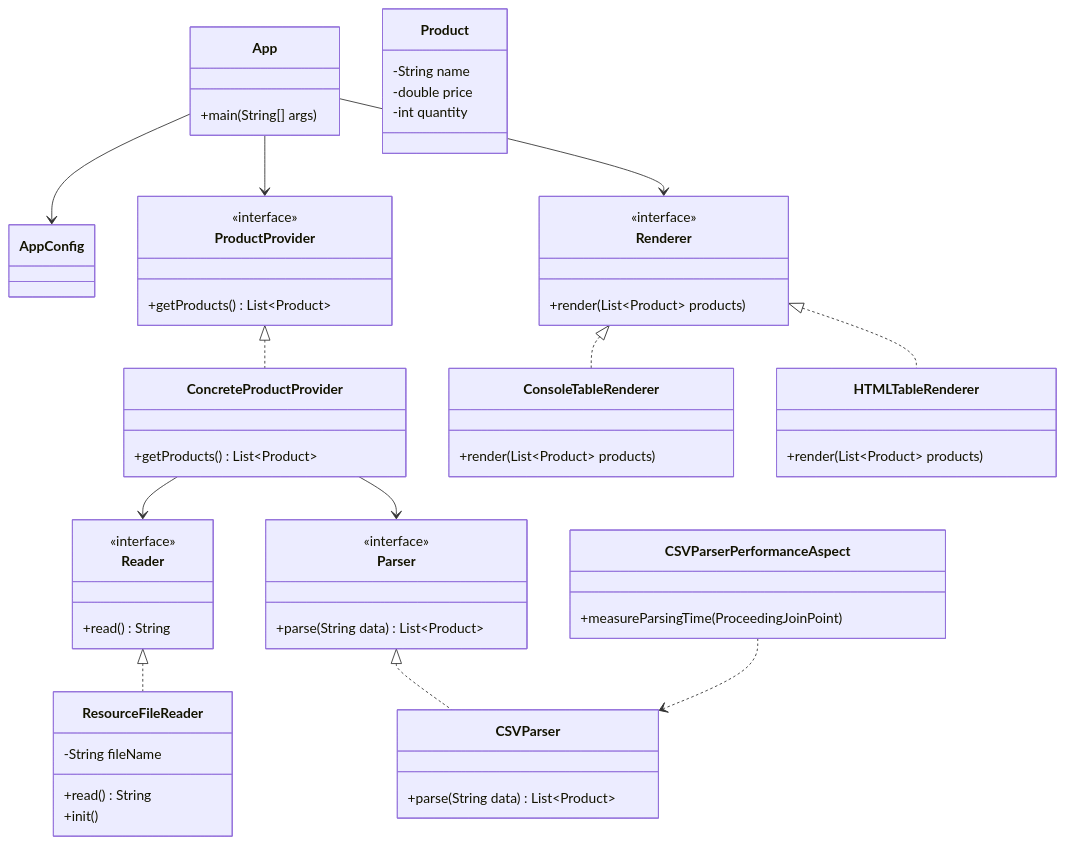
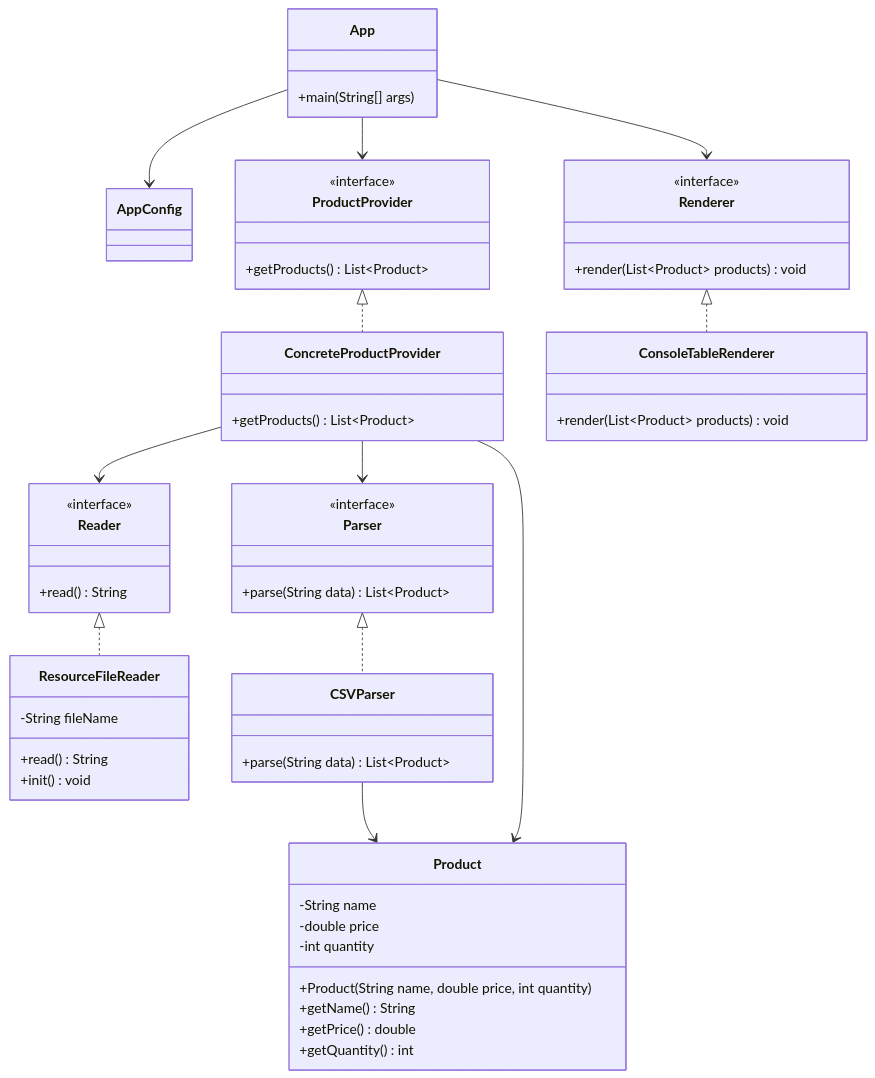
Before and after one commit to ChernihAnna/cad-2025: the diagram in les02/lab/README.md, drawn with Mermaid.

Commit message:
Add UML diagram to lab 2

````diff
--- a/les02/lab/README.md
+++ b/les02/lab/README.md
@@ -43,77 +43,72 @@
 ```mermaid
 classDiagram
 
     class App {
         +main(String[] args)
     }
 
     class AppConfig {
     }
 
     class Product {
         -String name
         -double price
         -int quantity
+        +Product(String name, double price, int quantity)
+        +getName() String
+        +getPrice() double
+        +getQuantity() int
     }
 
     class ProductProvider {
         <<interface>>
         +getProducts() List~Product~
     }
 
     class ConcreteProductProvider {
         +getProducts() List~Product~
     }
 
     class Reader {
         <<interface>>
         +read() String
     }
 
     class ResourceFileReader {
         -String fileName
         +read() String
-        +init()
+        +init() void
     }
 
     class Parser {
         <<interface>>
         +parse(String data) List~Product~
     }
 
     class CSVParser {
         +parse(String data) List~Product~
     }
 
     class Renderer {
         <<interface>>
-        +render(List~Product~ products)
+        +render(List~Product~ products) void
     }
 
     class ConsoleTableRenderer {
-        +render(List~Product~ products)
-    }
-
-    class HTMLTableRenderer {
-        +render(List~Product~ products)
-    }
-
-    class CSVParserPerformanceAspect {
-        +measureParsingTime(ProceedingJoinPoint)
+        +render(List~Product~ products) void
     }
 
     App --> AppConfig
     App --> ProductProvider
     App --> Renderer
 
     ProductProvider <|.. ConcreteProductProvider
     Reader <|.. ResourceFileReader
     Parser <|.. CSVParser
     Renderer <|.. ConsoleTableRenderer
-    Renderer <|.. HTMLTableRenderer
 
     ConcreteProductProvider --> Reader
     ConcreteProductProvider --> Parser
-
-    CSVParserPerformanceAspect ..> CSVParser
+    CSVParser --> Product
+    ConcreteProductProvider --> Product
 ```
````
